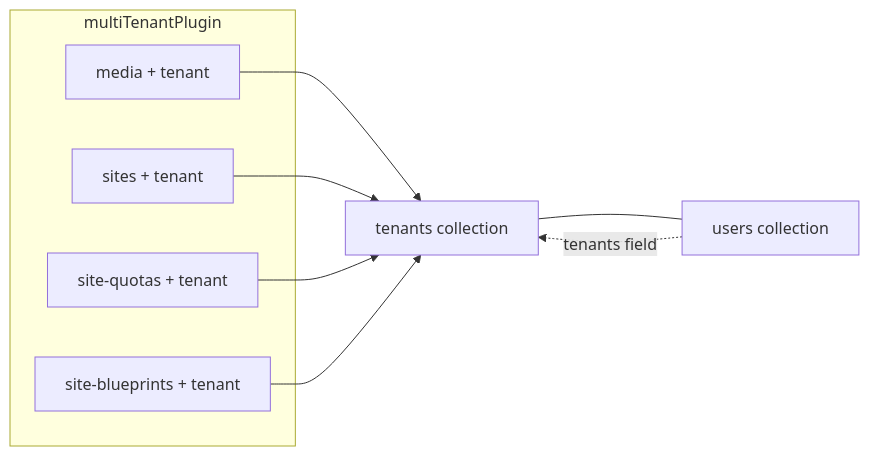
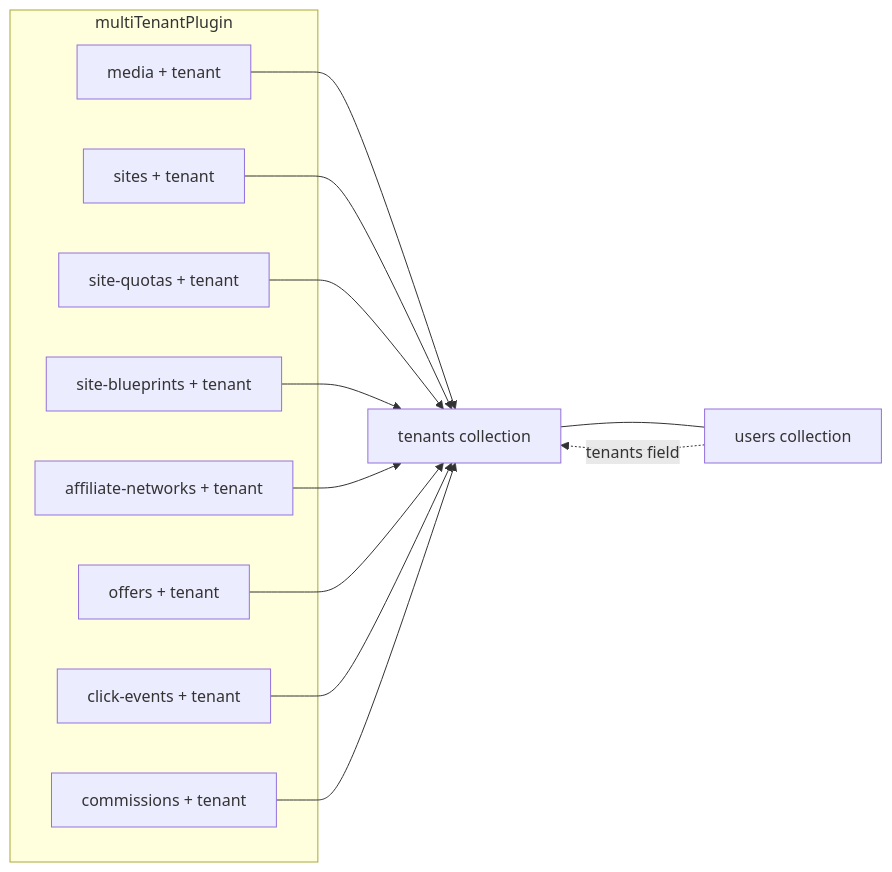
The diagram in admin_集合与菜单清单_b67b5100.plan.md (Begin-Source/payload-1), drawn with Mermaid before and after one commit. The commit also changed other lines of this file and 12 other files, not shown here.

````diff
--- a/admin_集合与菜单清单_b67b5100.plan.md
+++ b/admin_集合与菜单清单_b67b5100.plan.md
@@ -78,17 +88,25 @@
 ```mermaid
 flowchart LR
   subgraph plugin [multiTenantPlugin]
     Media[media + tenant]
     Sites[sites + tenant]
     Quotas[site-quotas + tenant]
     Blueprints[site-blueprints + tenant]
+    Networks[affiliate-networks + tenant]
+    Offers[offers + tenant]
+    Clicks[click-events + tenant]
+    Commissions[commissions + tenant]
   end
   Tenants[tenants collection]
   Users[users collection]
   Tenants --- Users
   Users -. tenants field .-> Tenants
   Media --> Tenants
   Sites --> Tenants
   Quotas --> Tenants
   Blueprints --> Tenants
+  Networks --> Tenants
+  Offers --> Tenants
+  Clicks --> Tenants
+  Commissions --> Tenants
 ```
````
